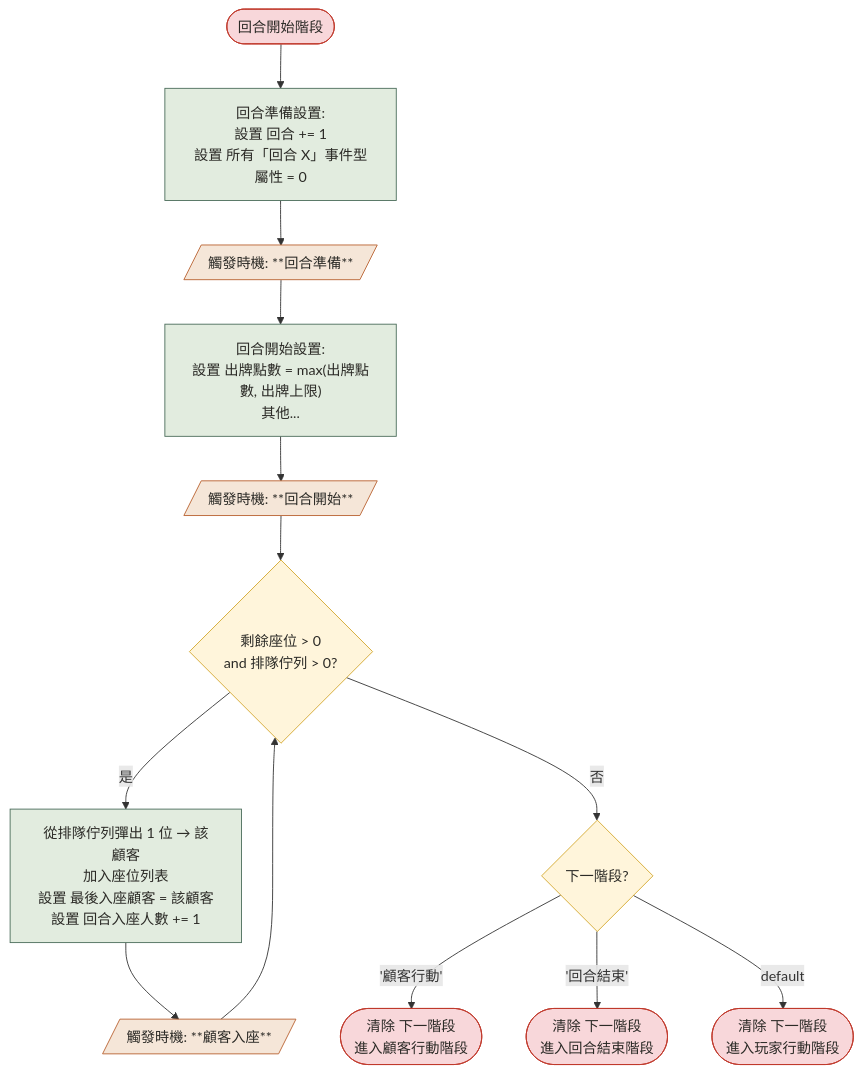
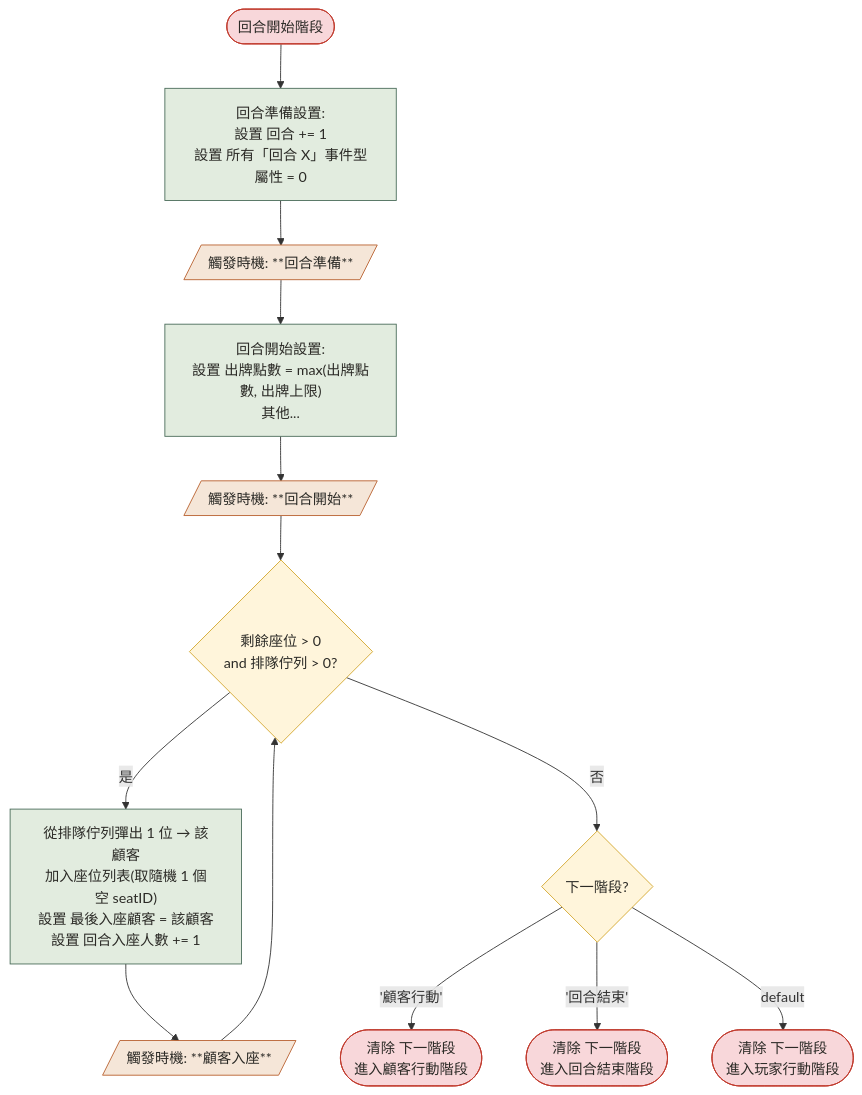
The diagram in doc/build-html/mermaid/flow-core-2.mmd (yinweli/RovingDiner), drawn with Mermaid before and after one commit. The commit also changed 3 other files, not shown here.

Commit message:
Doc | M9 規格明文回補(十七 morale -= 扣減值先捨入成文+二十五 cardCost* 鎖定 no-op、guestSeat/guestReturn 隨機空位入座+十九 入座迴圈與流程圖連動、PROGRESS 待辦清項)

```diff
--- a/doc/build-html/mermaid/flow-core-2.mmd
+++ b/doc/build-html/mermaid/flow-core-2.mmd
@@ -1,22 +1,22 @@
 flowchart TD
     Start([回合開始階段]) --> A0["回合準備設置:<br/>設置 回合 += 1<br/>設置 所有「回合 X」事件型屬性 = 0"]
     A0 --> T1[/"觸發時機: **回合準備**"/]
     T1 --> A1["回合開始設置:<br/>設置 出牌點數 = max(出牌點數, 出牌上限)<br/>其他..."]
     A1 --> T2[/"觸發時機: **回合開始**"/]
     T2 --> B1{"剩餘座位 > 0<br/>and 排隊佇列 > 0?"}
-    B1 -->|是| A2["從排隊佇列彈出 1 位 → 該顧客<br/>加入座位列表<br/>設置 最後入座顧客 = 該顧客<br/>設置 回合入座人數 += 1"]
+    B1 -->|是| A2["從排隊佇列彈出 1 位 → 該顧客<br/>加入座位列表(取隨機 1 個空 seatID)<br/>設置 最後入座顧客 = 該顧客<br/>設置 回合入座人數 += 1"]
     A2 --> T3[/"觸發時機: **顧客入座**"/]
     T3 --> B1
     B1 -->|否| B2{"下一階段?"}
     B2 -->|'顧客行動'| E1([清除 下一階段<br/>進入顧客行動階段])
     B2 -->|'回合結束'| E2([清除 下一階段<br/>進入回合結束階段])
     B2 -->|default| E3([清除 下一階段<br/>進入玩家行動階段])
 
     class Start,E1,E2,E3 terminal
     class A0,A1,A2 action
     class B1,B2 decision
     class T1,T2,T3 trigger
     classDef action fill:#e2ecdf,stroke:#4a6c5a,color:#2b2a26
     classDef trigger fill:#f5e6d8,stroke:#b8602f,color:#2b2a26
     classDef decision fill:#fff5db,stroke:#d4a72c,color:#2b2a26
     classDef terminal fill:#f8d7da,stroke:#c0392b,color:#2b2a26
```
